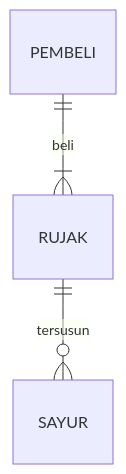
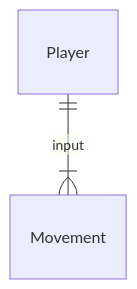
Before and after one commit to fadligg/fadligg.github.io: the diagram in JobInterview.md, drawn with Mermaid. The commit also changed other lines of this file, not shown here.

````diff
--- a/JobInterview.md
+++ b/JobInterview.md
@@ -52,5 +50,5 @@
 ```mermaid
 erDiagram
-    RUJAK ||--o{ SAYUR : tersusun
-    PEMBELI ||--|{ RUJAK : beli
+   
+    Player ||--|{ Movement : input
 ```
````
